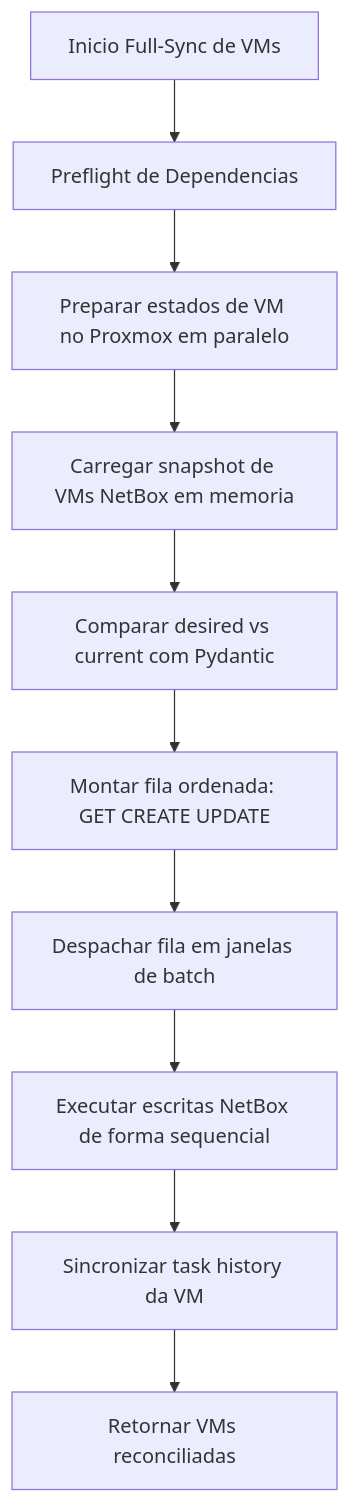
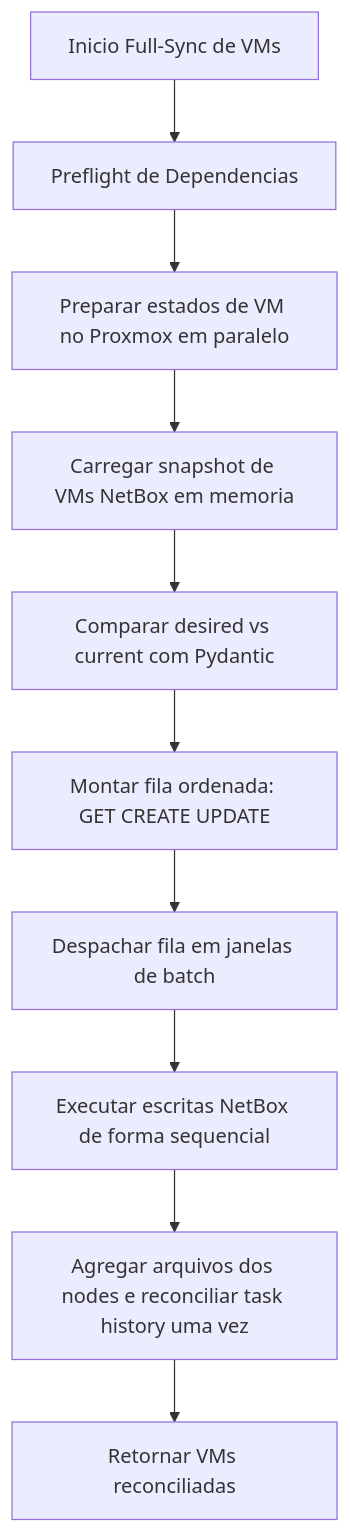
The first of 2 diagrams in docs/pt-BR/sync/reconciliation-architecture.md (emersonfelipesp/proxbox-api), drawn with Mermaid before and after one commit. The commit also changed other lines of this file and 52 other files, not shown here.

Commit message:
fix(sync): bound task history synchronization

````diff
--- a/docs/pt-BR/sync/reconciliation-architecture.md
+++ b/docs/pt-BR/sync/reconciliation-architecture.md
@@ -116,12 +144,12 @@
 ```mermaid
 flowchart TD
     A[Inicio Full-Sync de VMs] --> B[Preflight de Dependencias]
     B --> C[Preparar estados de VM no Proxmox em paralelo]
     C --> D[Carregar snapshot de VMs NetBox em memoria]
     D --> E[Comparar desired vs current com Pydantic]
     E --> F[Montar fila ordenada: GET CREATE UPDATE]
     F --> G[Despachar fila em janelas de batch]
     G --> H[Executar escritas NetBox de forma sequencial]
-    H --> I[Sincronizar task history da VM]
+    H --> I[Agregar arquivos dos nodes e reconciliar task history uma vez]
     I --> J[Retornar VMs reconciliadas]
 ```
````
